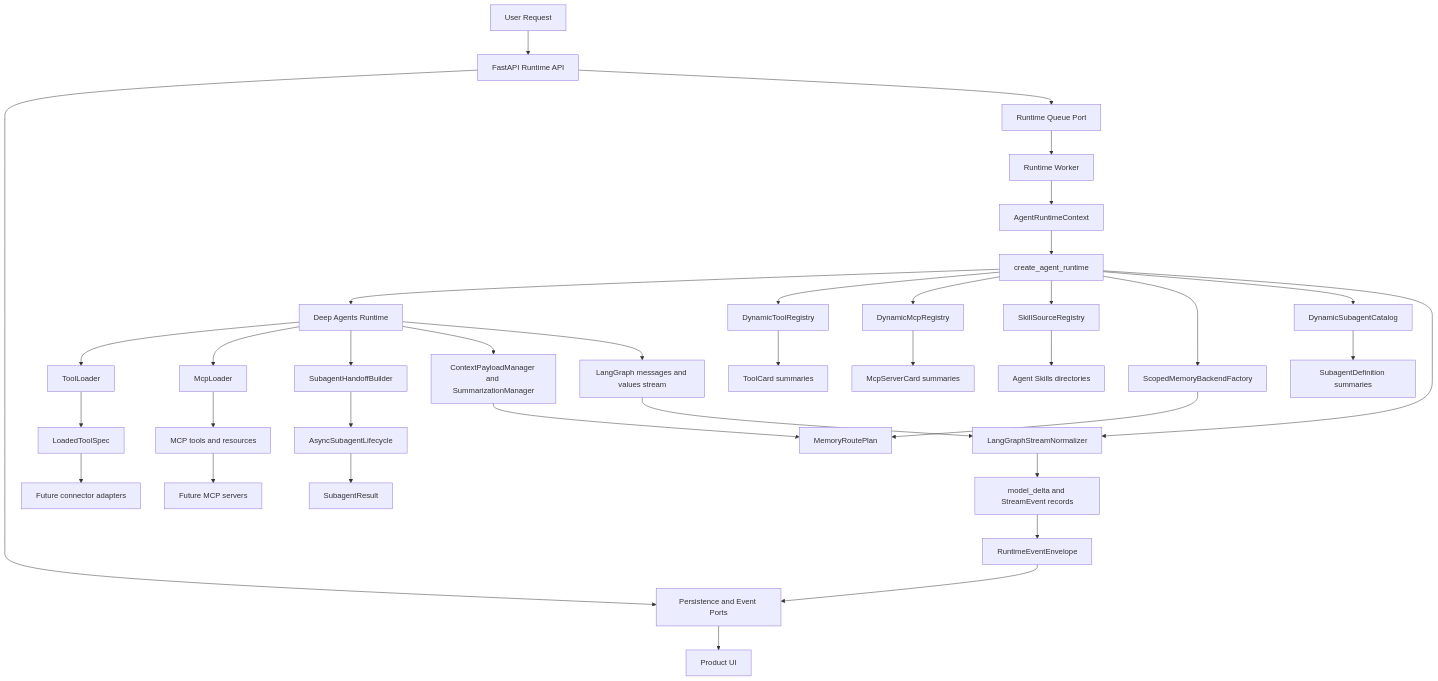
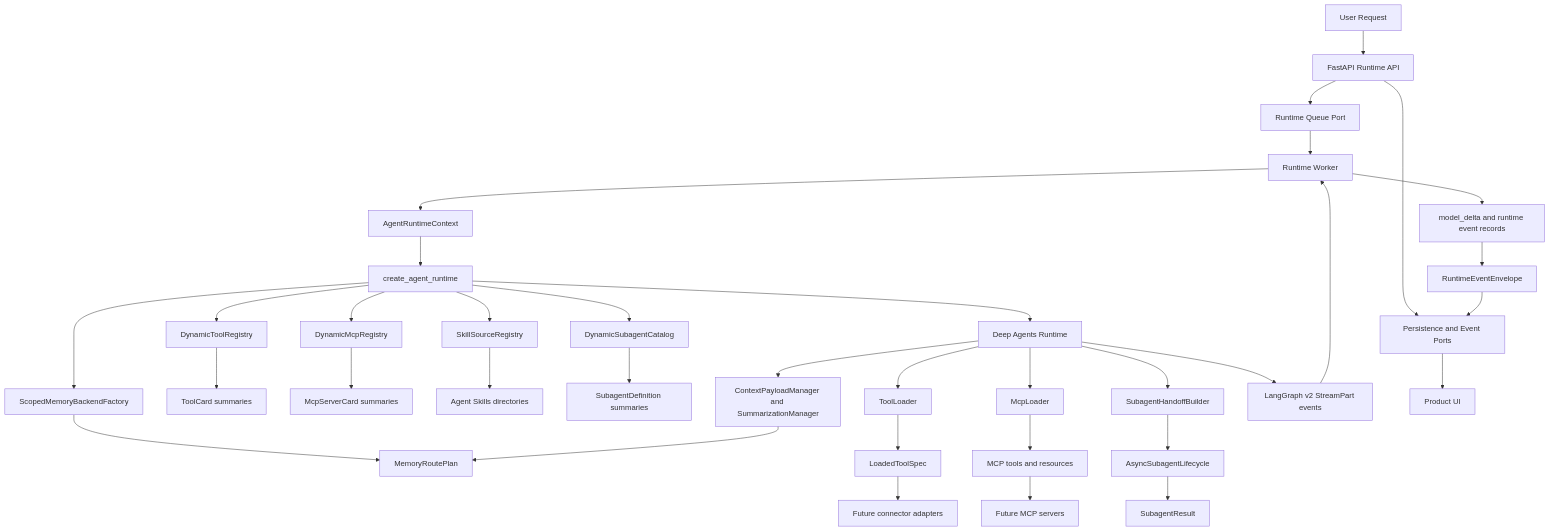
One commit to 0x-copilot-dev/0x-copilot changed the diagram in services/ai-backend/docs/architecture/system-overview.md. Above: the diagram before and after it, drawn with Mermaid. The commit also changed other lines of this file and 161 other files, not shown here.

````diff
--- a/services/ai-backend/docs/architecture/system-overview.md
+++ b/services/ai-backend/docs/architecture/system-overview.md
@@ -11,45 +11,44 @@
 ```mermaid
 flowchart TD
   UserRequest[User Request] --> RuntimeAPI[FastAPI Runtime API]
   RuntimeAPI --> Persistence[Persistence and Event Ports]
   RuntimeAPI --> Queue[Runtime Queue Port]
   Queue --> Worker[Runtime Worker]
   Worker --> RuntimeContext[AgentRuntimeContext]
   RuntimeContext --> RuntimeFactory[create_agent_runtime]
   RuntimeFactory --> DeepAgent[Deep Agents Runtime]
 
   RuntimeFactory --> ToolRegistry[DynamicToolRegistry]
   RuntimeFactory --> McpRegistry[DynamicMcpRegistry]
   RuntimeFactory --> SkillRegistry[SkillSourceRegistry]
   RuntimeFactory --> MemoryFactory[ScopedMemoryBackendFactory]
   RuntimeFactory --> SubagentCatalog[DynamicSubagentCatalog]
-  RuntimeFactory --> StreamNormalizer[LangGraphStreamNormalizer]
 
   ToolRegistry --> ToolCards[ToolCard summaries]
   McpRegistry --> McpCards[McpServerCard summaries]
   SkillRegistry --> SkillDirs[Agent Skills directories]
   MemoryFactory --> MemoryRoutes[MemoryRoutePlan]
   SubagentCatalog --> SubagentDefs[SubagentDefinition summaries]
 
   DeepAgent --> ToolLoader[ToolLoader]
   ToolLoader --> LoadedToolSpec[LoadedToolSpec]
   LoadedToolSpec --> ConnectorAdapters[Future connector adapters]
 
   DeepAgent --> McpLoader[McpLoader]
   McpLoader --> McpDescriptors[MCP tools and resources]
   McpDescriptors --> McpServers[Future MCP servers]
 
   DeepAgent --> Handoff[SubagentHandoffBuilder]
   Handoff --> AsyncLifecycle[AsyncSubagentLifecycle]
   AsyncLifecycle --> SubagentResult[SubagentResult]
 
   DeepAgent --> ContextManagers[ContextPayloadManager and SummarizationManager]
   ContextManagers --> MemoryRoutes
 
-  DeepAgent --> RawEvents[LangGraph messages and values stream]
-  RawEvents --> StreamNormalizer
-  StreamNormalizer --> StreamEvents[model_delta and StreamEvent records]
+  DeepAgent --> RawEvents[LangGraph v2 StreamPart events]
+  RawEvents --> Worker
+  Worker --> StreamEvents[model_delta and runtime event records]
   StreamEvents --> EventEnvelope[RuntimeEventEnvelope]
   EventEnvelope --> Persistence
   Persistence --> WorkSurfaceUI[Product UI]
 ```
````
